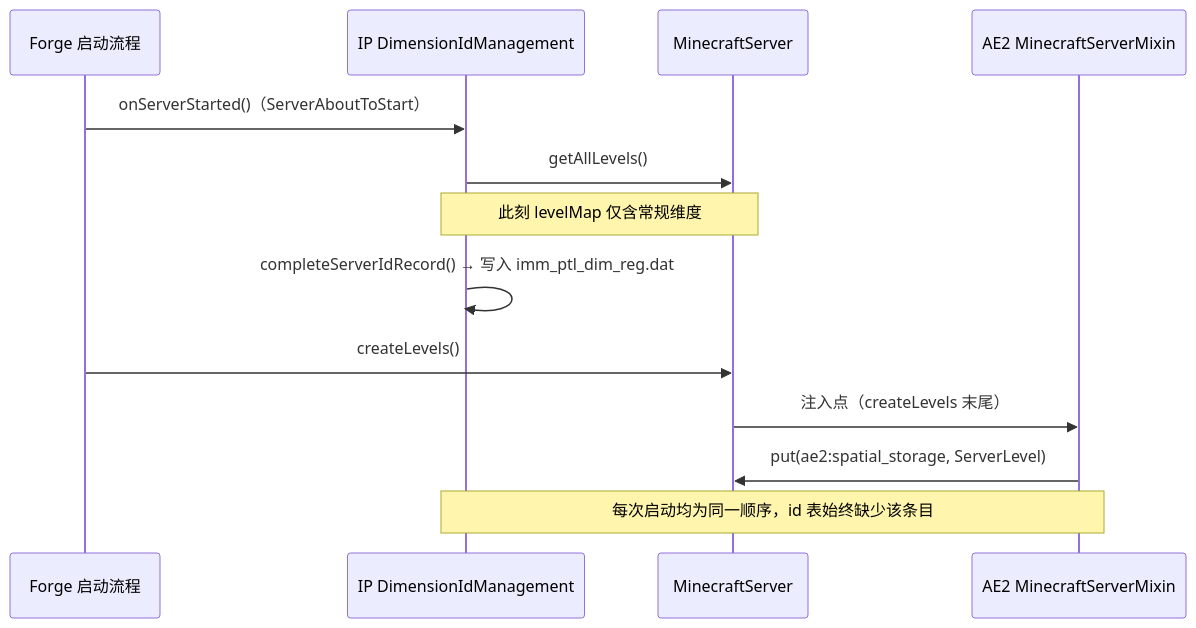
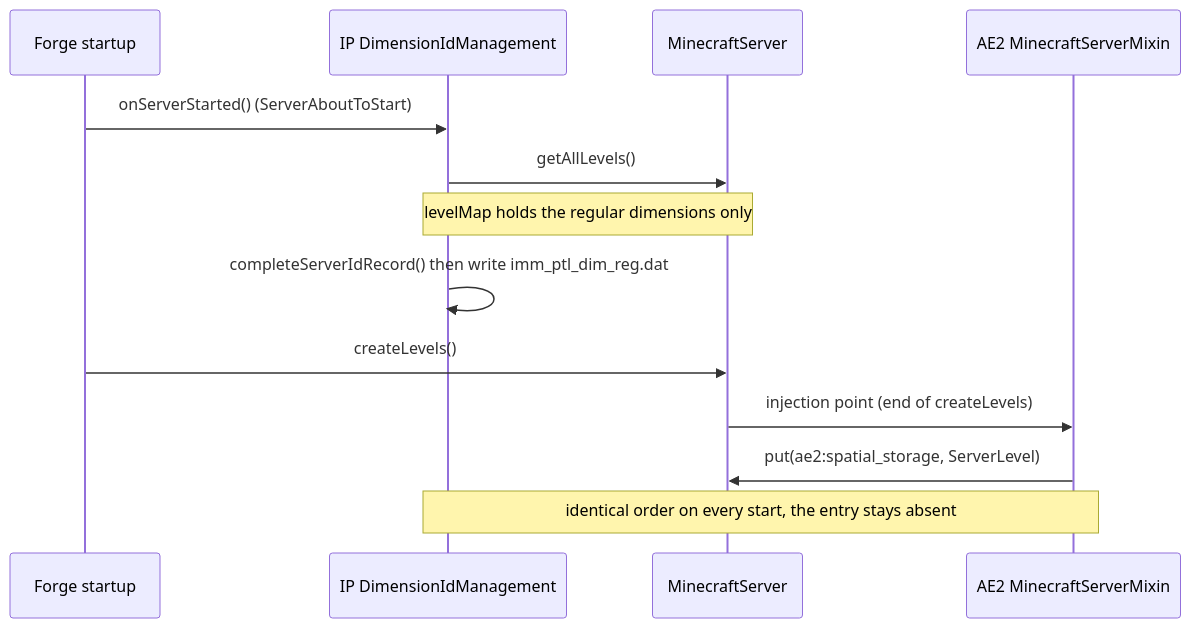
Before and after one commit to Huyil/cw_portal_guard: the first of 2 diagrams in docs/TECHNICAL.md, drawn with Mermaid. The commit also changed other lines of this file and 5 other files, not shown here.

````diff
--- a/docs/TECHNICAL.md
+++ b/docs/TECHNICAL.md
@@ -26,16 +29,16 @@
 ```mermaid
 sequenceDiagram
-    participant F as Forge 启动流程
+    participant F as Forge startup
     participant IP as IP DimensionIdManagement
     participant MS as MinecraftServer
     participant AE2 as AE2 MinecraftServerMixin
 
-    F->>IP: onServerStarted()（ServerAboutToStart）
+    F->>IP: onServerStarted() (ServerAboutToStart)
     IP->>MS: getAllLevels()
-    Note over IP,MS: 此刻 levelMap 仅含常规维度
-    IP->>IP: completeServerIdRecord() → 写入 imm_ptl_dim_reg.dat
+    Note over IP,MS: levelMap holds the regular dimensions only
+    IP->>IP: completeServerIdRecord() then write imm_ptl_dim_reg.dat
     F->>MS: createLevels()
-    MS->>AE2: 注入点（createLevels 末尾）
+    MS->>AE2: injection point (end of createLevels)
     AE2->>MS: put(ae2:spatial_storage, ServerLevel)
-    Note over IP,AE2: 每次启动均为同一顺序，id 表始终缺少该条目
+    Note over IP,AE2: identical order on every start, the entry stays absent
 ```
````
